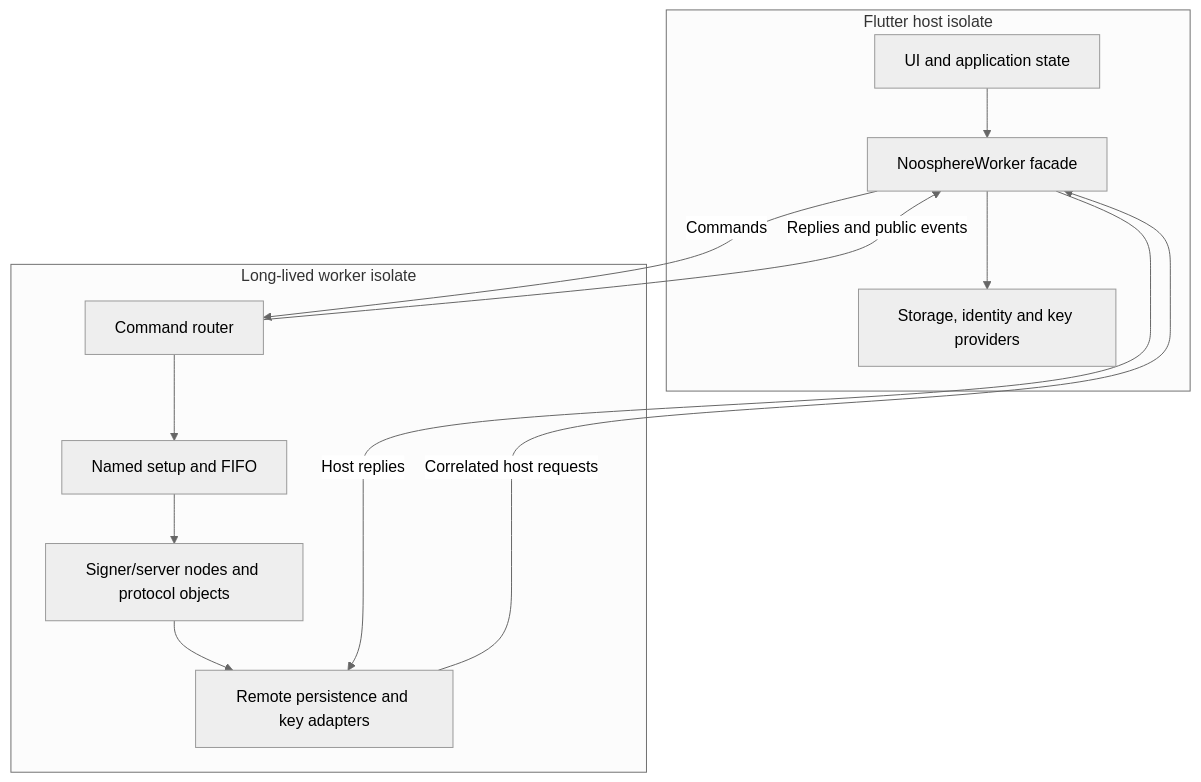
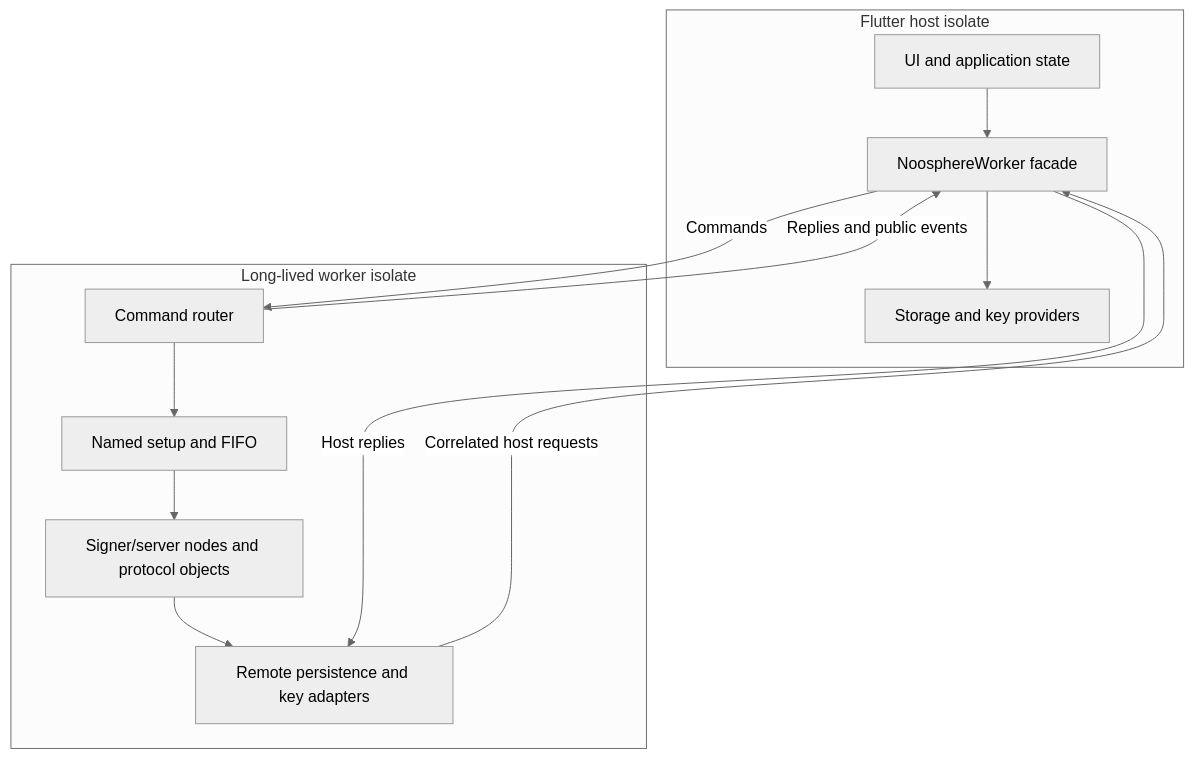
The diagram in architecture/flutter-and-isolates.md (peerchemist/noosphere), drawn with Mermaid (neutral theme) before and after one commit. The commit also changed other lines of this file and 47 other files, not shown here.

````diff
--- a/architecture/flutter-and-isolates.md
+++ b/architecture/flutter-and-isolates.md
@@ -34,23 +34,23 @@
 ```mermaid
 flowchart TB
     subgraph Host["Flutter host isolate"]
         UI["UI and application state"]
         Facade["NoosphereWorker facade"]
-        Providers["Storage, identity and key providers"]
+        Providers["Storage and key providers"]
         UI --> Facade
         Facade --> Providers
     end
     subgraph Worker["Long-lived worker isolate"]
         Runtime["Command router"]
         Setup["Named setup and FIFO"]
         Nodes["Signer/server nodes and protocol objects"]
         Remote["Remote persistence and key adapters"]
         Runtime --> Setup
         Setup --> Nodes
         Nodes --> Remote
     end
     Facade -->|"Commands"| Runtime
     Runtime -->|"Replies and public events"| Facade
     Remote -->|"Correlated host requests"| Facade
     Facade -->|"Host replies"| Remote
 ```
````
